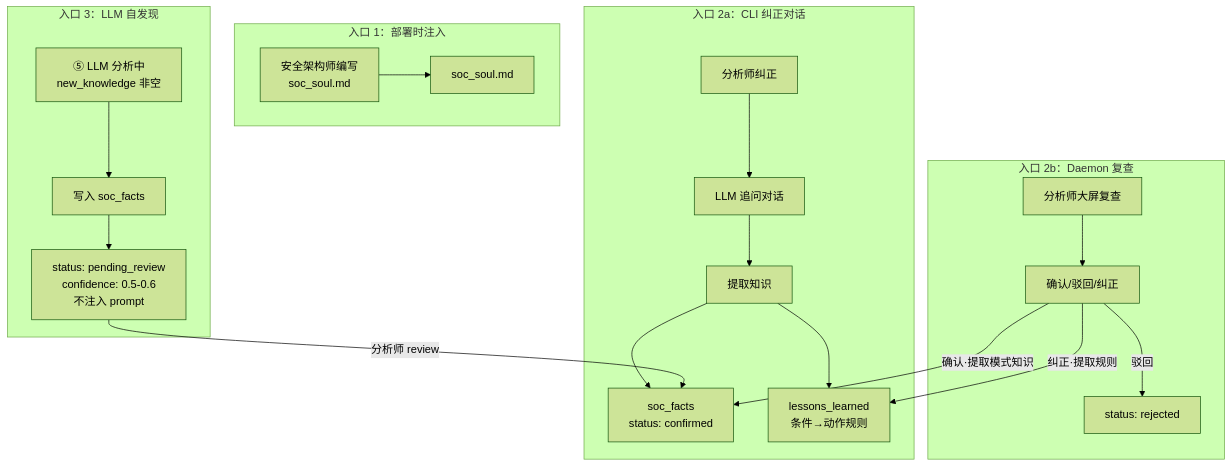
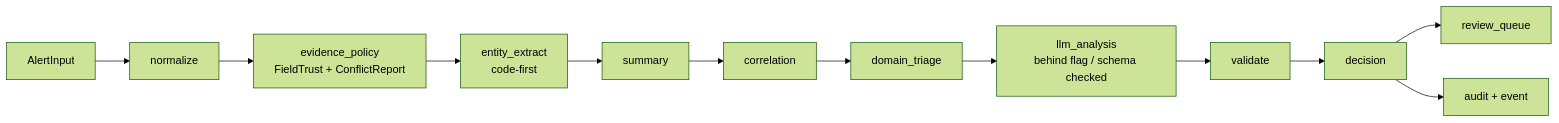
The fourth of 10 diagrams in .notes/ai_soc/soc-agent-solution.md (yydspanda/deer-flow), drawn with Mermaid (forest theme) before and after one commit. The commit also changed other lines of this file and 23 other files, not shown here.

Commit message:
Add SOC review notes and organize AI SOC docs

````diff
--- a/.notes/ai_soc/soc-agent-solution.md
+++ b/.notes/ai_soc/soc-agent-solution.md
@@ -1625,26 +251,14 @@
 ```mermaid
-flowchart TD
-    subgraph 入口1["入口 1：部署时注入"]
-        D["安全架构师编写<br/>soc_soul.md"] --> SOUL["soc_soul.md"]
-    end
-
-    subgraph 入口2_CLI["入口 2a：CLI 纠正对话"]
-        C1["分析师纠正"] --> C2["LLM 追问对话"]
-        C2 --> C3["提取知识"]
-        C3 --> MEM["soc_facts<br/>status: confirmed"]
-        C3 --> LESSON["lessons_learned<br/>条件→动作规则"]
-    end
-
-    subgraph 入口2_DAEMON["入口 2b：Daemon 复查"]
-        R1["分析师大屏复查"] --> R2["确认/驳回/纠正"]
-        R2 -->|"确认·提取模式知识"| MEM
-        R2 -->|"纠正·提取规则"| LESSON
-        R2 -->|"驳回"| REJECT["status: rejected"]
-    end
-
-    subgraph 入口3["入口 3：LLM 自发现"]
-        L1["⑤ LLM 分析中<br/>new_knowledge 非空"] --> L2["写入 soc_facts"]
-        L2 --> PENDING["status: pending_review<br/>confidence: 0.5-0.6<br/>不注入 prompt"]
-        PENDING -->|"分析师 review"| MEM
-    end
+flowchart LR
+    I["AlertInput"] --> N["normalize"]
+    N --> EP["evidence_policy<br/>FieldTrust + ConflictReport"]
+    EP --> X["entity_extract<br/>code-first"]
+    X --> S["summary"]
+    S --> C["correlation"]
+    C --> D["domain_triage"]
+    D --> L["llm_analysis<br/>behind flag / schema checked"]
+    L --> V["validate"]
+    V --> R["decision"]
+    R --> Q["review_queue"]
+    R --> A["audit + event"]
 ```
````
